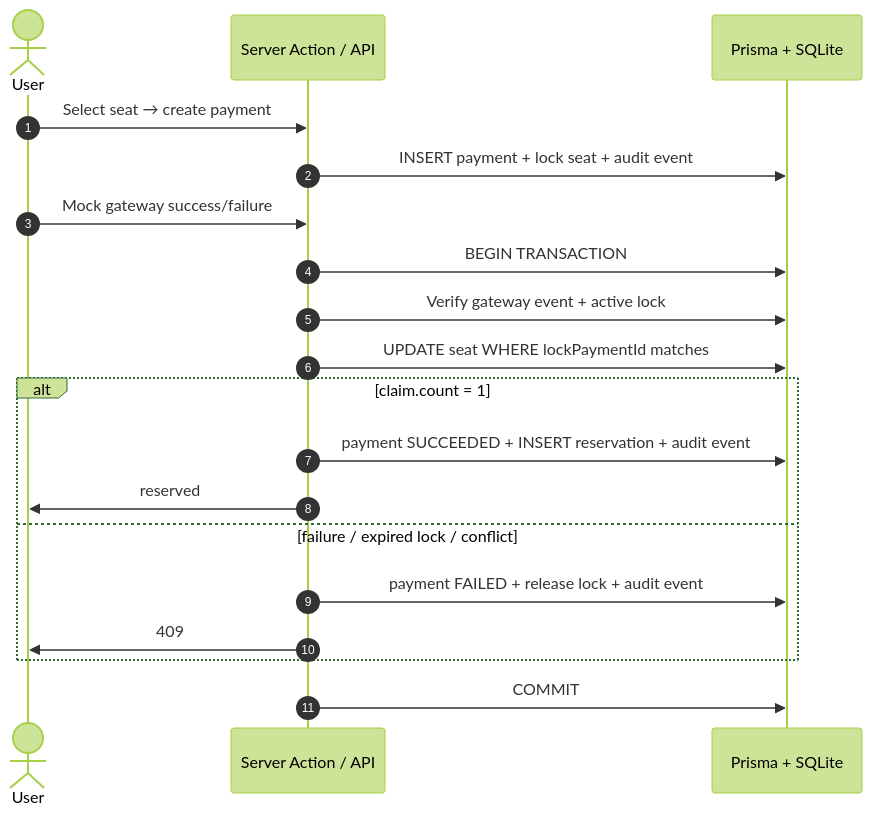
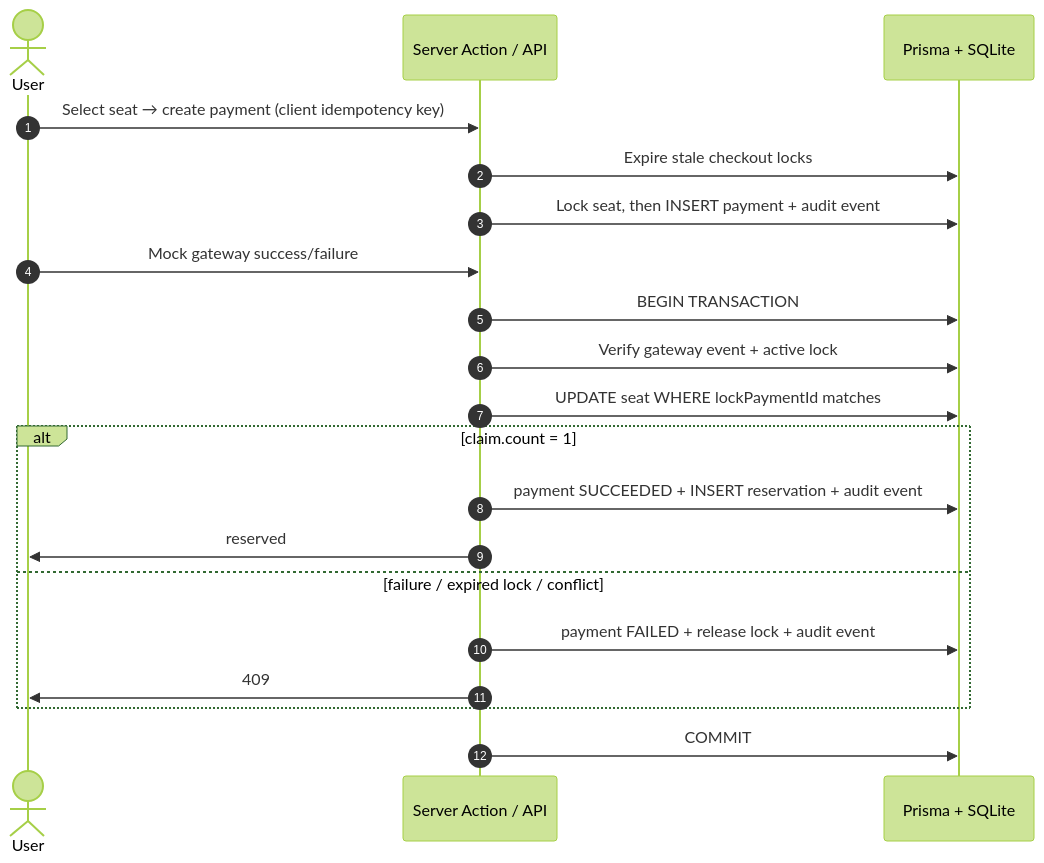
One commit to mikepolo-inno/linkz-test changed the diagram in README.md. Above: the diagram before and after it, drawn with Mermaid (forest theme). The commit also changed other lines of this file and 28 other files, not shown here.

````diff
--- a/README.md
+++ b/README.md
@@ -265,22 +269,23 @@
 ```mermaid
 sequenceDiagram
   autonumber
   actor U as User
   participant UI as Server Action / API
   participant DB as Prisma + SQLite
 
-  U->>UI: Select seat → create payment
-  UI->>DB: INSERT payment + lock seat + audit event
+  U->>UI: Select seat → create payment (client idempotency key)
+  UI->>DB: Expire stale checkout locks
+  UI->>DB: Lock seat, then INSERT payment + audit event
   U->>UI: Mock gateway success/failure
   UI->>DB: BEGIN TRANSACTION
   UI->>DB: Verify gateway event + active lock
   UI->>DB: UPDATE seat WHERE lockPaymentId matches
   alt claim.count = 1
     UI->>DB: payment SUCCEEDED + INSERT reservation + audit event
     UI->>U: reserved
   else failure / expired lock / conflict
     UI->>DB: payment FAILED + release lock + audit event
     UI->>U: 409
   end
   UI->>DB: COMMIT
 ```
````
